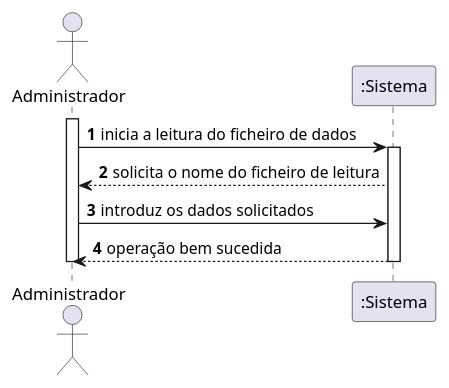
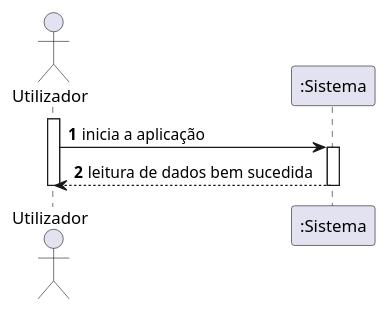
One commit to pedrolemos4/LAPR3 changed the diagram in docs/UC26/SSD-LEITURA DE DADOS.puml. Above: the diagram before and after it, drawn with PlantUML. The commit also changed 6 other files, not shown here.

```diff
--- a/docs/UC26/SSD-LEITURA DE DADOS.puml
+++ b/docs/UC26/SSD-LEITURA DE DADOS.puml
@@ -1,14 +1,12 @@
 @startuml
 autonumber
-actor "Administrador" as ADMIN
+actor "Utilizador" as UTIL
 
-activate ADMIN
-ADMIN -> ":Sistema" : inicia a leitura do ficheiro de dados
+activate UTIL
+UTIL -> ":Sistema" : inicia a aplicação
 activate ":Sistema"
-":Sistema" --> ADMIN: solicita o nome do ficheiro de leitura
-ADMIN -> ":Sistema" : introduz os dados solicitados
-":Sistema" --> ADMIN: operação bem sucedida
+":Sistema" --> UTIL: leitura de dados bem sucedida
 deactivate ":Sistema"
-deactivate ADMIN
+deactivate UTIL
 
 @enduml
```
